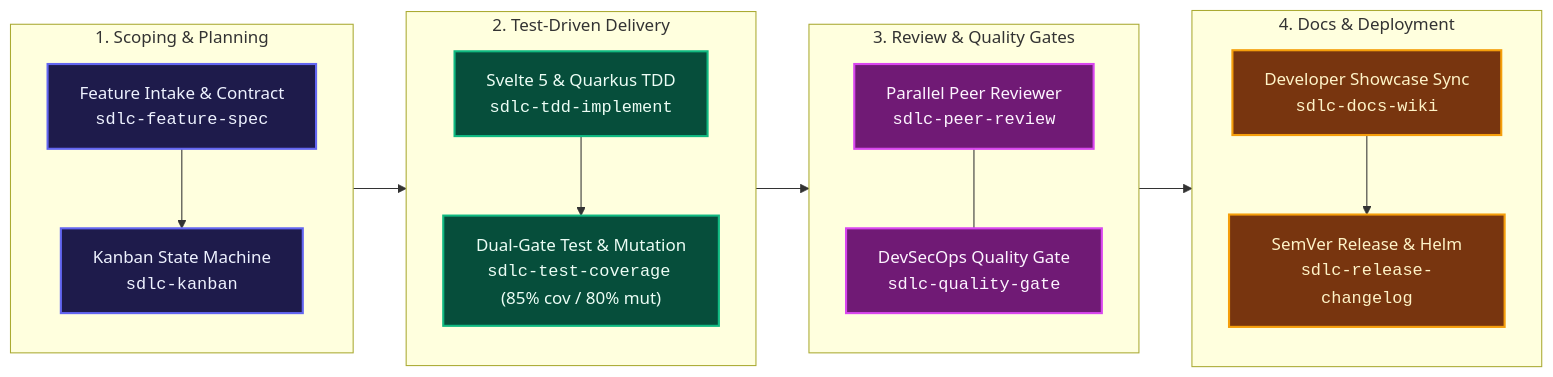
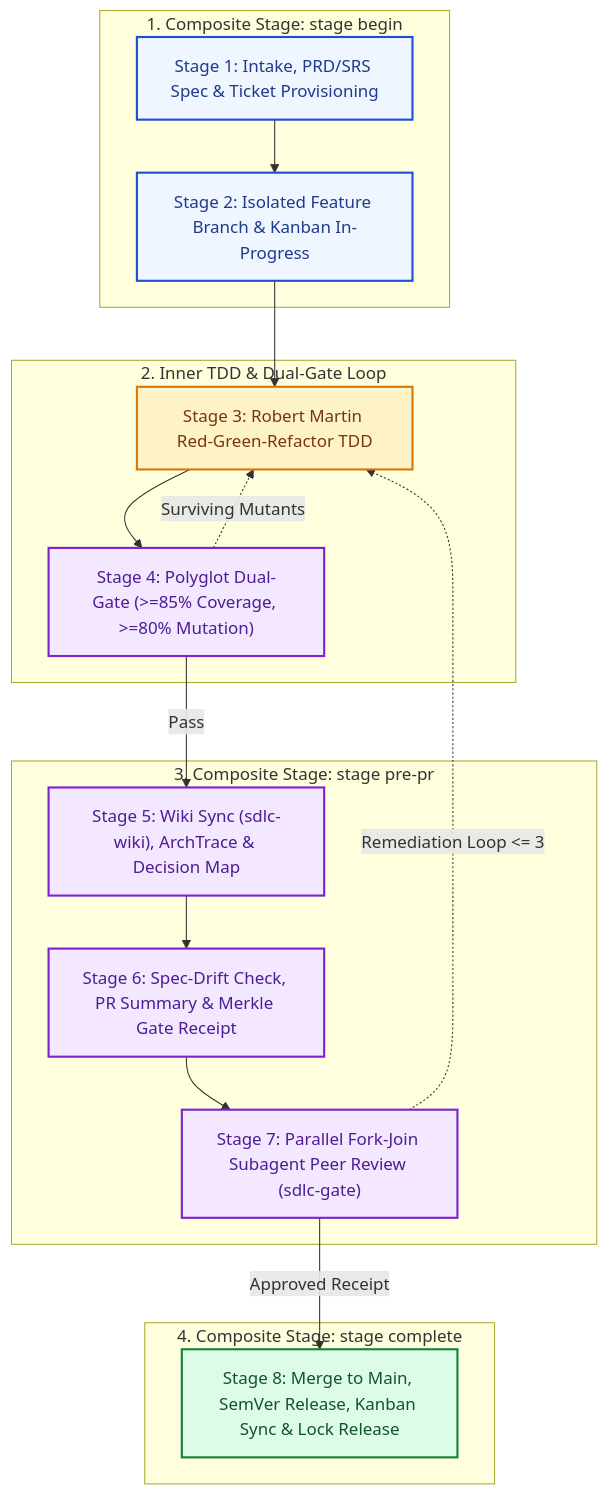
The diagram in wiki/Home.md (fmatar/sealit), drawn with Mermaid before and after one commit. The commit also changed other lines of this file and 21 other files, not shown here.

Commit message:
feat(wiki): add sdlc-wiki technical writer skill, Archlens AST-to-wiki sync engine, and overhaul wiki docs (ADR-007)

````diff
--- a/wiki/Home.md
+++ b/wiki/Home.md
@@ -12,35 +35,36 @@
 ```mermaid
-flowchart LR
-    classDef intake fill:#1E1B4B,stroke:#6366F1,stroke-width:2px,color:#EEF2FF
-    classDef dev fill:#064E3B,stroke:#10B981,stroke-width:2px,color:#ECFDF5
-    classDef review fill:#701A75,stroke:#D946EF,stroke-width:2px,color:#FDF4FF
-    classDef release fill:#78350F,stroke:#F59E0B,stroke-width:2px,color:#FEF3C7
+flowchart TD
+    classDef intake fill:#eff6ff,stroke:#1d4ed8,stroke-width:2px,color:#1e3a8a
+    classDef build fill:#fef3c7,stroke:#d97706,stroke-width:2px,color:#78350f
+    classDef verify fill:#f3e8ff,stroke:#7e22ce,stroke-width:2px,color:#4c1d95
+    classDef ship fill:#dcfce7,stroke:#15803d,stroke-width:2px,color:#14532d
 
-    subgraph Phase1 ["1. Scoping & Planning"]
-        A["Feature Intake & Contract<br/><code>sdlc-feature-spec</code>"]:::intake
-        B["Kanban State Machine<br/><code>sdlc-kanban</code>"]:::intake
-        A --> B
+    subgraph CompositeBegin ["1. Composite Stage: stage begin"]
+      S1["Stage 1: Intake, PRD/SRS Spec & Ticket Provisioning"]:::intake
+      S2["Stage 2: Isolated Feature Branch & Kanban In-Progress"]:::intake
+      S1 --> S2
     end
 
-    subgraph Phase2 ["2. Test-Driven Delivery"]
-        C["Svelte 5 & Quarkus TDD<br/><code>sdlc-tdd-implement</code>"]:::dev
-        D["Dual-Gate Test & Mutation<br/><code>sdlc-test-coverage</code> (85% cov / 80% mut)"]:::dev
-        C --> D
+    subgraph CoreLoop ["2. Inner TDD & Dual-Gate Loop"]
+      S3["Stage 3: Robert Martin Red-Green-Refactor TDD"]:::build
+      S4["Stage 4: Polyglot Dual-Gate (>=85% Coverage, >=80% Mutation)"]:::verify
+      S3 --> S4
     end
 
-    subgraph Phase3 ["3. Review & Quality Gates"]
-        E["Parallel Peer Reviewer<br/><code>sdlc-peer-review</code>"]:::review
-        F["DevSecOps Quality Gate<br/><code>sdlc-quality-gate</code>"]:::review
-        E --- F
+    subgraph CompositePrePR ["3. Composite Stage: stage pre-pr"]
+      S5["Stage 5: Wiki Sync (sdlc-wiki), ArchTrace & Decision Map"]:::verify
+      S6["Stage 6: Spec-Drift Check, PR Summary & Merkle Gate Receipt"]:::verify
+      S7["Stage 7: Parallel Fork-Join Subagent Peer Review (sdlc-gate)"]:::verify
+      S5 --> S6 --> S7
     end
 
-    subgraph Phase4 ["4. Docs & Deployment"]
-        G["Developer Showcase Sync<br/><code>sdlc-docs-wiki</code>"]:::release
-        H["SemVer Release & Helm<br/><code>sdlc-release-changelog</code>"]:::release
-        G --> H
+    subgraph CompositeComplete ["4. Composite Stage: stage complete"]
+      S8["Stage 8: Merge to Main, SemVer Release, Kanban Sync & Lock Release"]:::ship
     end
 
-    Phase1 --> Phase2
-    Phase2 --> Phase3
-    Phase3 --> Phase4
+    S2 --> S3
+    S4 -->|Pass| S5
+    S4 -.->|Surviving Mutants| S3
+    S7 -->|Approved Receipt| S8
+    S7 -.->|Remediation Loop <= 3| S3
 ```
````
